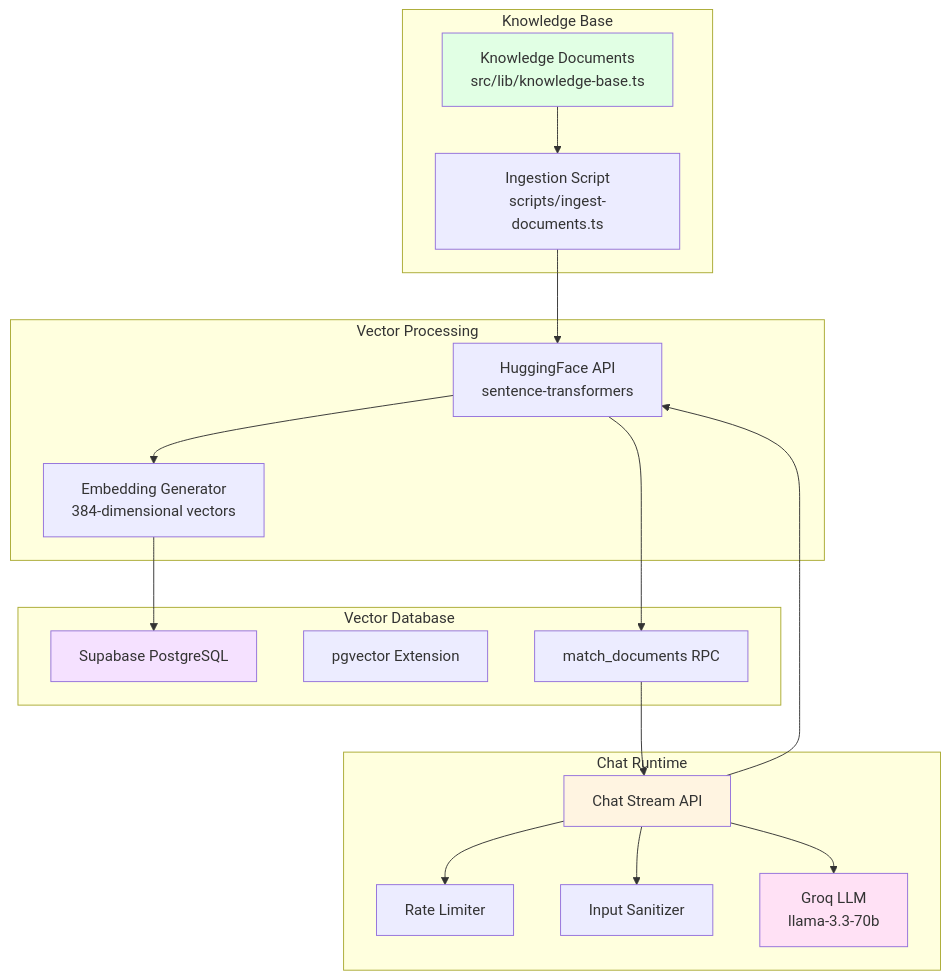
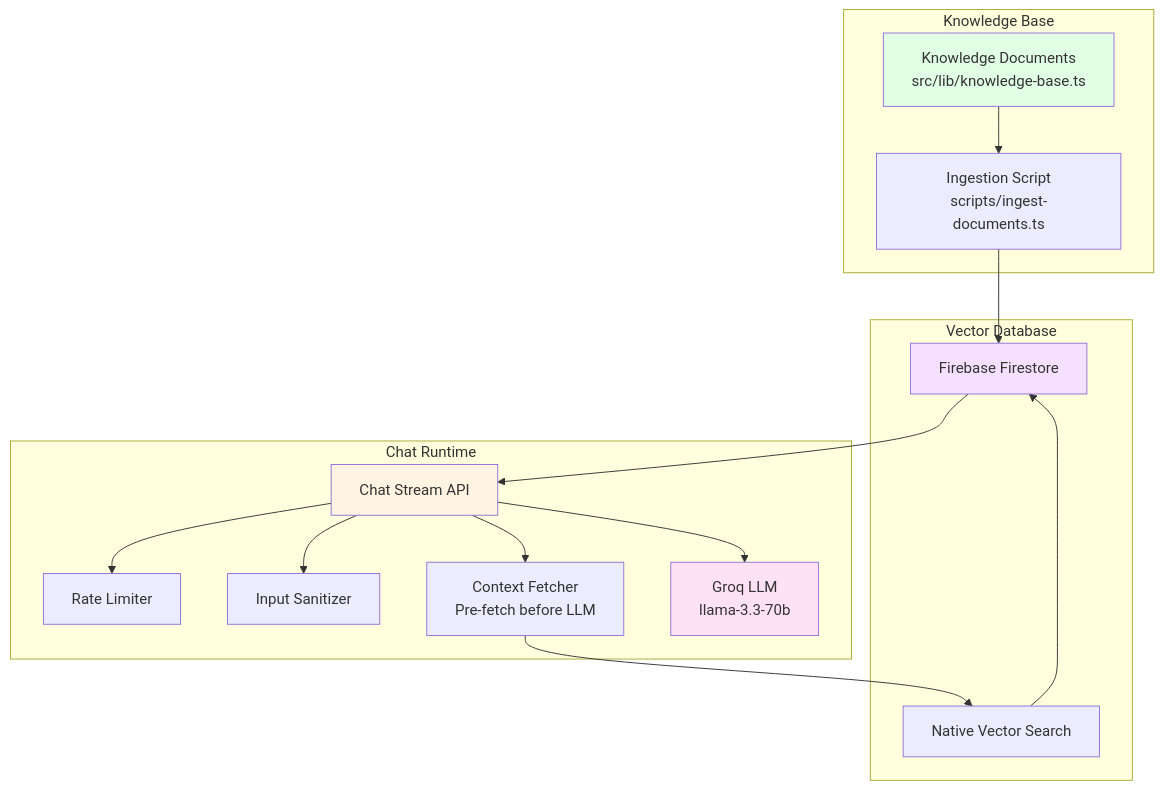
Before and after one commit to ossaidqadri/otherdev.web-02: the tenth of 11 diagrams in web/docs/ARCHITECTURE.md, drawn with Mermaid. The commit also changed other lines of this file and 4 other files, not shown here.

````diff
--- a/web/docs/ARCHITECTURE.md
+++ b/web/docs/ARCHITECTURE.md
@@ -536,42 +510,36 @@
 ```mermaid
 graph TB
     subgraph "Knowledge Base"
         Docs[Knowledge Documents<br/>src/lib/knowledge-base.ts]
         Ingest[Ingestion Script<br/>scripts/ingest-documents.ts]
     end
 
-    subgraph "Vector Processing"
-        HF[HuggingFace API<br/>sentence-transformers]
-        Embed[Embedding Generator<br/>384-dimensional vectors]
-    end
-
     subgraph "Vector Database"
-        Supabase[Supabase PostgreSQL]
-        PGVector[pgvector Extension]
-        RPC[match_documents RPC]
+        Firebase[Firebase Firestore]
+        VectorSearch[Native Vector Search]
     end
 
     subgraph "Chat Runtime"
         API[Chat Stream API]
         RL[Rate Limiter]
         Sanitize[Input Sanitizer]
+        ContextFetch[Context Fetcher<br/>Pre-fetch before LLM]
         Groq[Groq LLM<br/>llama-3.3-70b]
     end
 
     Docs --> Ingest
-    Ingest --> HF
-    HF --> Embed
-    Embed --> Supabase
+    Ingest --> Firebase
 
     API --> RL
     API --> Sanitize
-    API --> HF
-    HF --> RPC
-    RPC --> API
+    API --> ContextFetch
+    ContextFetch --> VectorSearch
+    VectorSearch --> Firebase
+    Firebase --> API
     API --> Groq
 
     style Docs fill:#e1ffe4
-    style Supabase fill:#f5e1ff
+    style Firebase fill:#f5e1ff
     style API fill:#fff4e1
     style Groq fill:#ffe1f5
 ```
````
